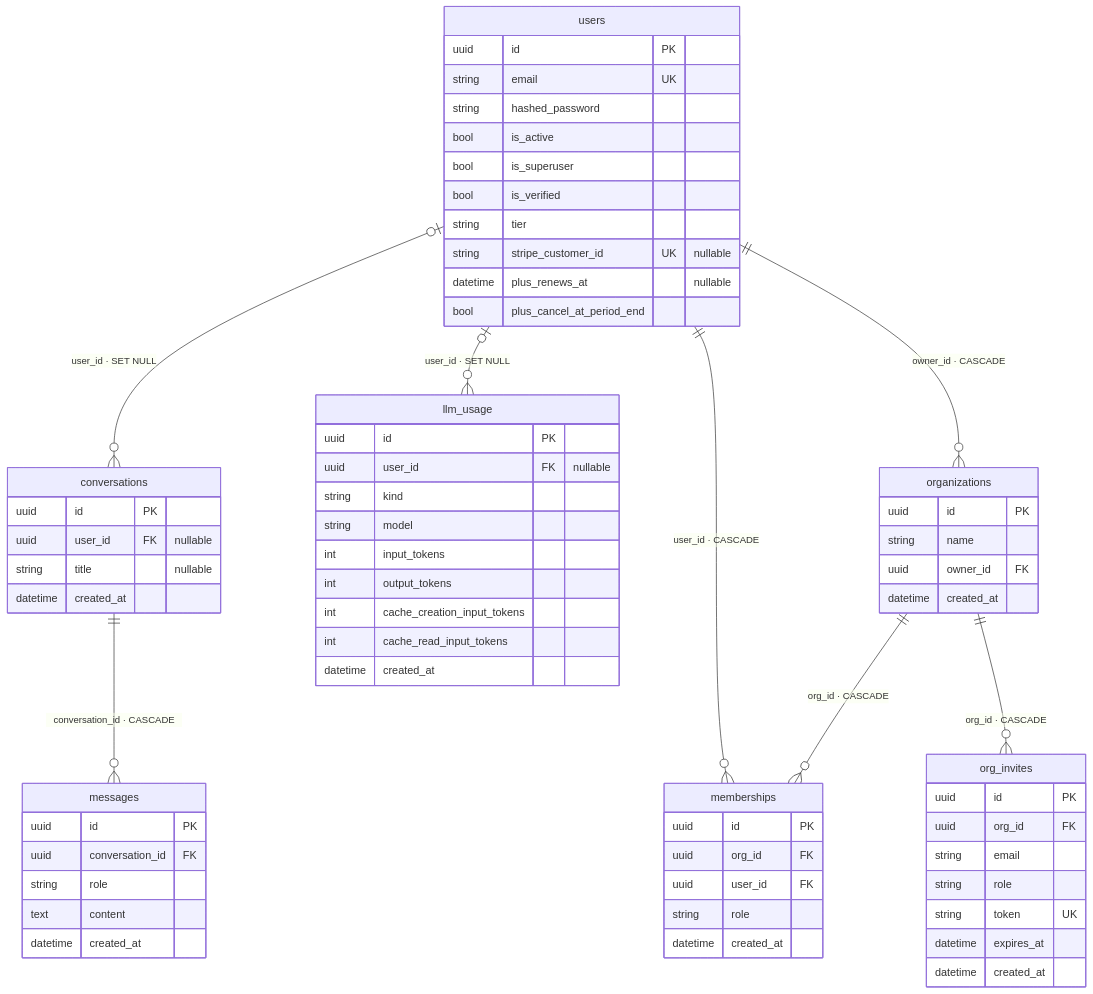
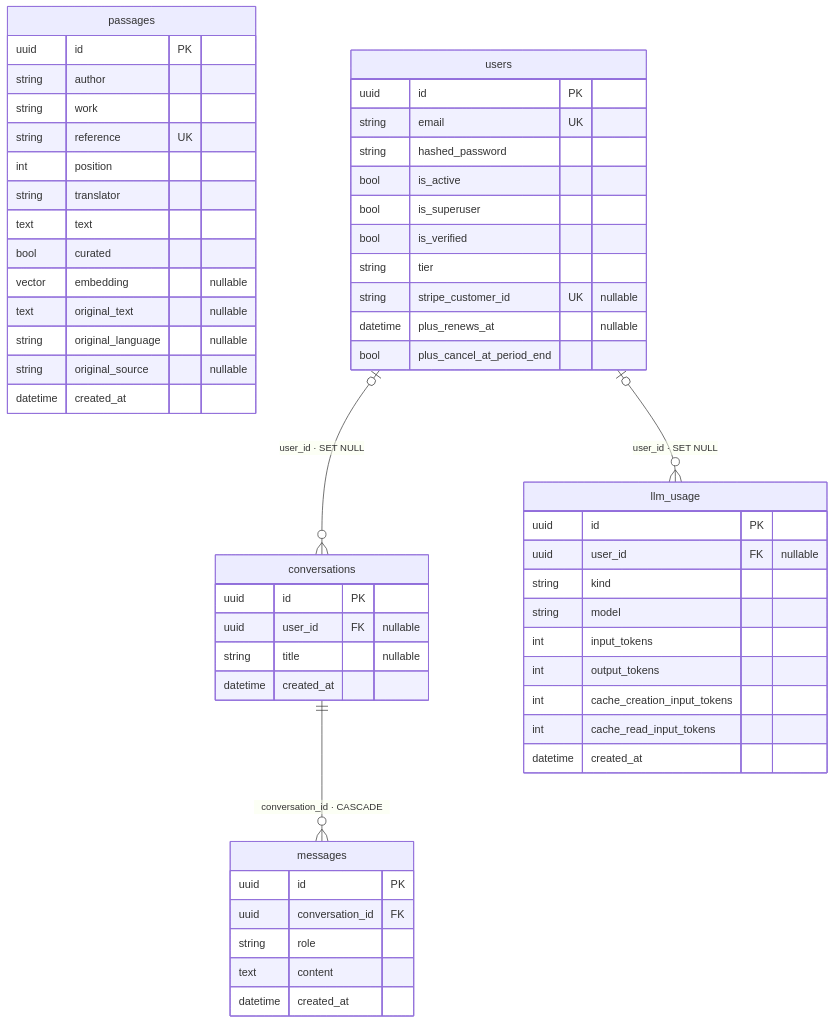
Before and after one commit to jakecotner/a-stoic-mind: the diagram in docs/data-model.md, drawn with Mermaid. The commit also changed 312 other files, not shown here.

````diff
--- a/docs/data-model.md
+++ b/docs/data-model.md
@@ -17,68 +17,57 @@
 ```mermaid
 erDiagram
     conversations {
         uuid id PK
         uuid user_id FK "nullable"
         string title "nullable"
         datetime created_at
     }
     llm_usage {
         uuid id PK
         uuid user_id FK "nullable"
         string kind
         string model
         int input_tokens
         int output_tokens
         int cache_creation_input_tokens
         int cache_read_input_tokens
         datetime created_at
     }
-    memberships {
-        uuid id PK
-        uuid org_id FK
-        uuid user_id FK
-        string role
-        datetime created_at
-    }
     messages {
         uuid id PK
         uuid conversation_id FK
         string role
         text content
         datetime created_at
     }
-    org_invites {
+    passages {
         uuid id PK
-        uuid org_id FK
-        string email
-        string role
-        string token UK
-        datetime expires_at
-        datetime created_at
-    }
-    organizations {
-        uuid id PK
-        string name
-        uuid owner_id FK
+        string author
+        string work
+        string reference UK
+        int position
+        string translator
+        text text
+        bool curated
+        vector embedding "nullable"
+        text original_text "nullable"
+        string original_language "nullable"
+        string original_source "nullable"
         datetime created_at
     }
     users {
         uuid id PK
         string email UK
         string hashed_password
         bool is_active
         bool is_superuser
         bool is_verified
         string tier
         string stripe_customer_id UK "nullable"
         datetime plus_renews_at "nullable"
         bool plus_cancel_at_period_end
     }
     users |o--o{ conversations : "user_id · SET NULL"
     users |o--o{ llm_usage : "user_id · SET NULL"
-    organizations ||--o{ memberships : "org_id · CASCADE"
-    users ||--o{ memberships : "user_id · CASCADE"
     conversations ||--o{ messages : "conversation_id · CASCADE"
-    organizations ||--o{ org_invites : "org_id · CASCADE"
-    users ||--o{ organizations : "owner_id · CASCADE"
 ```
````
